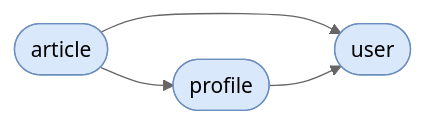
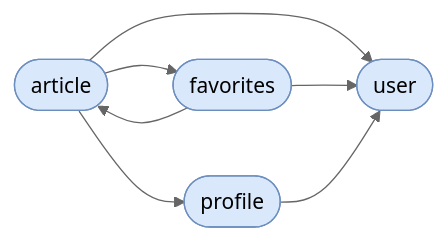
One commit to dearrudam/sdd4j-realworld-api changed the diagram in README.md. Above: the diagram before and after it, drawn with Mermaid (neutral theme). The commit also changed other lines of this file, not shown here.

Commit message:
docs(readme): document favorites capability
Generated with [Devin](https://devin.ai)

````diff
--- a/README.md
+++ b/README.md
@@ -15,12 +16,16 @@
 ```mermaid
 graph LR
     article([article])
+    favorites([favorites])
     profile([profile])
     user([user])
+    article --> favorites
     article --> profile
     article --> user
+    favorites --> article
+    favorites --> user
     profile --> user
 
     classDef bc fill:#dae8fc,stroke:#6c8ebf,color:#000
-    class article,profile,user bc
+    class article,favorites,profile,user bc
 ```
````
